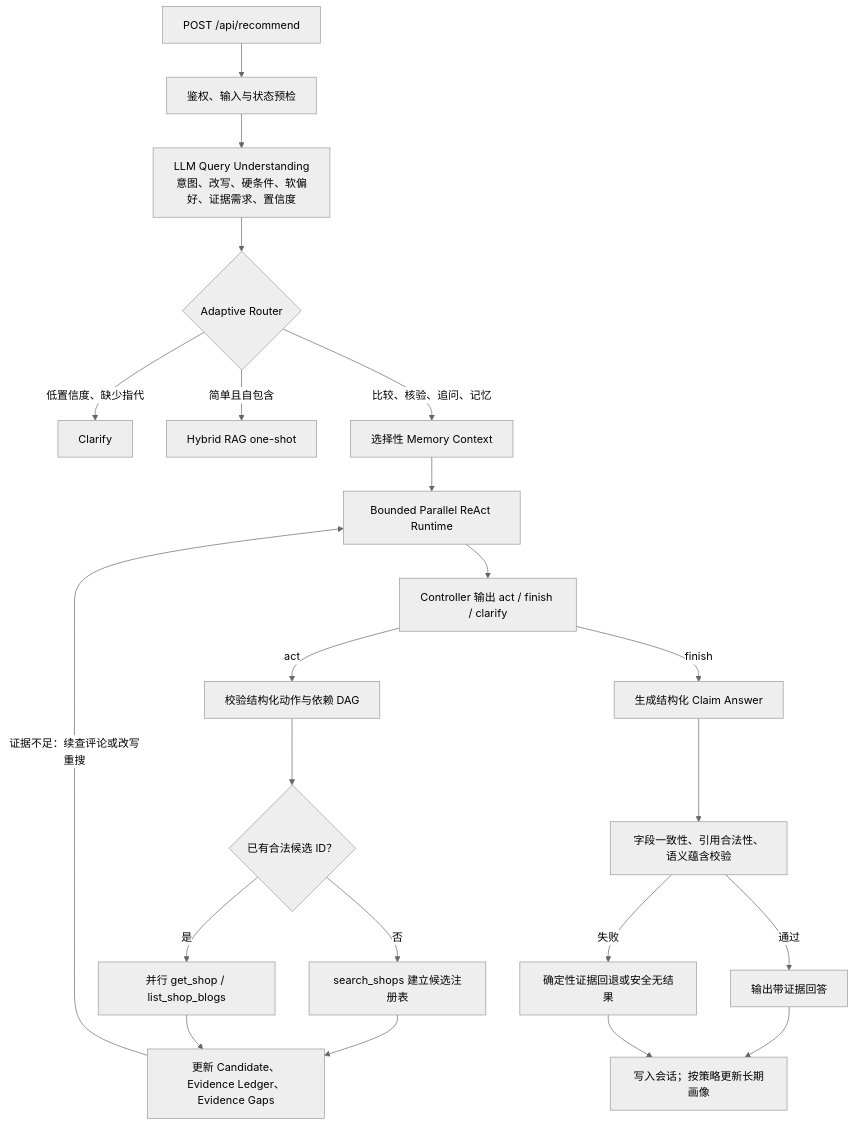
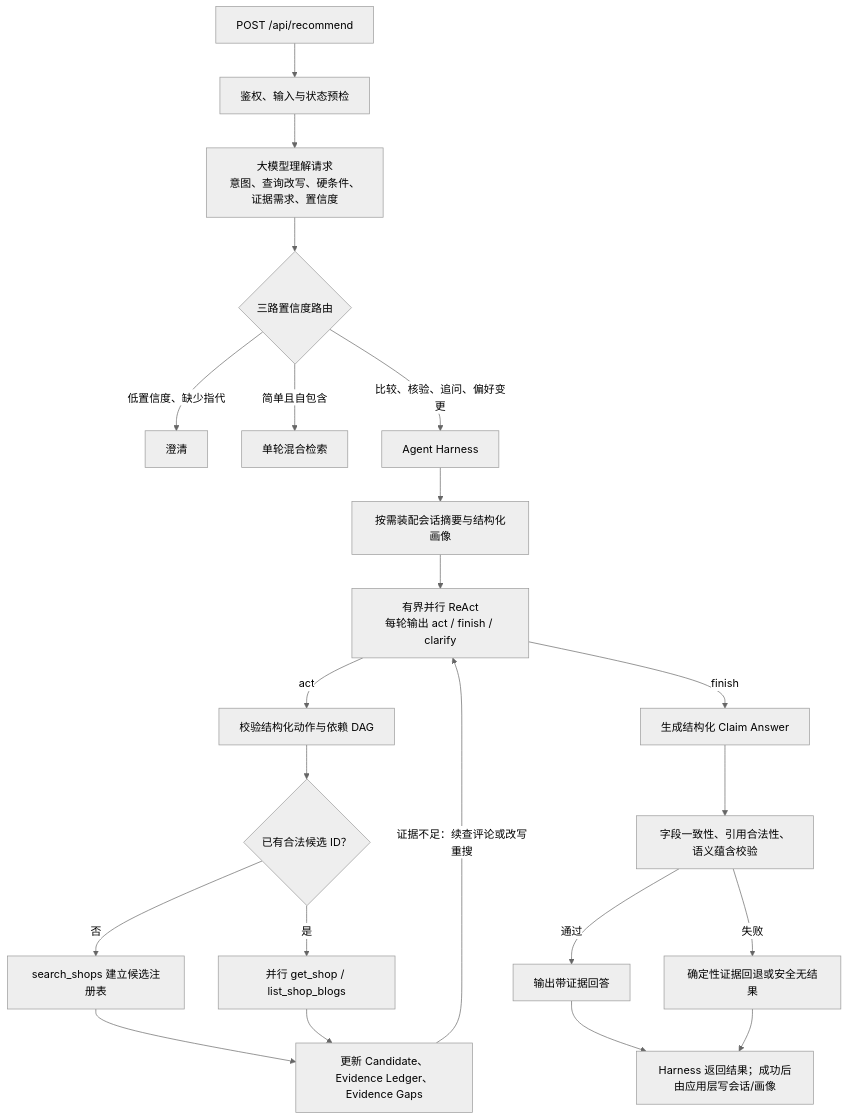
One commit to yunbo-oss/local-review changed the diagram in README.md. Above: the diagram before and after it, drawn with Mermaid (neutral theme). The commit also changed other lines of this file and 112 other files, not shown here.

````diff
--- a/README.md
+++ b/README.md
@@ -201,24 +202,24 @@
 ```mermaid
 flowchart TD
     A["POST /api/recommend"] --> B["鉴权、输入与状态预检"]
-    B --> C["LLM Query Understanding<br/>意图、改写、硬条件、软偏好、证据需求、置信度"]
-    C --> D{"Adaptive Router"}
-    D -->|"低置信度、缺少指代"| E["Clarify"]
-    D -->|"简单且自包含"| F["Hybrid RAG one-shot"]
-    D -->|"比较、核验、追问、记忆"| G["选择性 Memory Context"]
-    G --> H["Bounded Parallel ReAct Runtime"]
-    H --> I["Controller 输出 act / finish / clarify"]
+    B --> C["大模型理解请求<br/>意图、查询改写、硬条件、证据需求、置信度"]
+    C --> D{"三路置信度路由"}
+    D -->|"低置信度、缺少指代"| E["澄清"]
+    D -->|"简单且自包含"| F["单轮混合检索"]
+    D -->|"比较、核验、追问、偏好变更"| G["Agent Harness"]
+    G --> H["按需装配会话摘要与结构化画像"]
+    H --> I["有界并行 ReAct<br/>每轮输出 act / finish / clarify"]
     I -->|"act"| J["校验结构化动作与依赖 DAG"]
     J --> K{"已有合法候选 ID？"}
     K -->|"否"| L["search_shops 建立候选注册表"]
     K -->|"是"| M["并行 get_shop / list_shop_blogs"]
     L --> N["更新 Candidate、Evidence Ledger、Evidence Gaps"]
     M --> N
-    N -->|"证据不足：续查评论或改写重搜"| H
+    N -->|"证据不足：续查评论或改写重搜"| I
     I -->|"finish"| O["生成结构化 Claim Answer"]
     O --> P["字段一致性、引用合法性、语义蕴含校验"]
     P -->|"通过"| Q["输出带证据回答"]
     P -->|"失败"| R["确定性证据回退或安全无结果"]
-    Q --> S["写入会话；按策略更新长期画像"]
+    Q --> S["Harness 返回结果；成功后由应用层写会话/画像"]
     R --> S
 ```
````
